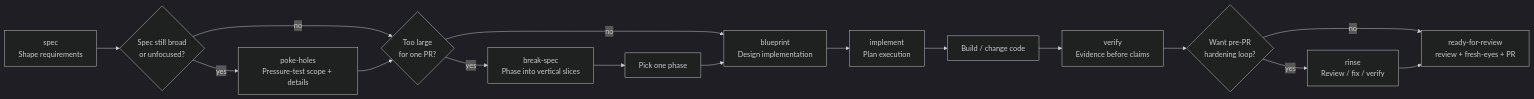
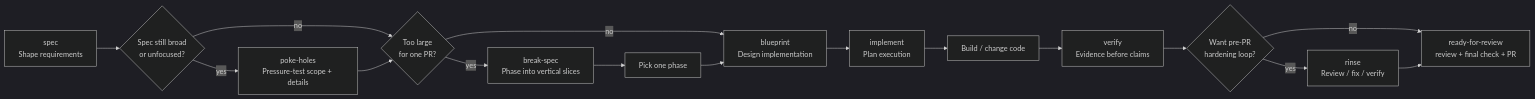
One commit to sandsower/beislid changed the first of 4 diagrams in docs/workflows.md. Above: the diagram before and after it, drawn with Mermaid (dark theme). The commit also changed other lines of this file and 17 other files, not shown here.

Commit message:
Add configurable fresh-eyes final review

````diff
--- a/docs/workflows.md
+++ b/docs/workflows.md
@@ -9,18 +9,18 @@
 ```mermaid
 flowchart LR
   A["spec<br/>Shape requirements"] --> P{"Spec still broad<br/>or unfocused?"}
   P -- "yes" --> Q["poke-holes<br/>Pressure-test scope + details"]
   P -- "no" --> B{"Too large<br/>for one PR?"}
   Q --> B
   B -- "yes" --> C["break-spec<br/>Phase into vertical slices"]
   B -- "no" --> D["blueprint<br/>Design implementation"]
   C --> E["Pick one phase"]
   E --> D
   D --> F["implement<br/>Plan execution"]
   F --> G["Build / change code"]
   G --> H["verify<br/>Evidence before claims"]
   H --> K{"Want pre-PR<br/>hardening loop?"}
   K -- "yes" --> L["rinse<br/>Review / fix / verify"]
-  K -- "no" --> J["ready-for-review<br/>review + fresh-eyes + PR"]
+  K -- "no" --> J["ready-for-review<br/>review + final check + PR"]
   L --> J
 ```
````
